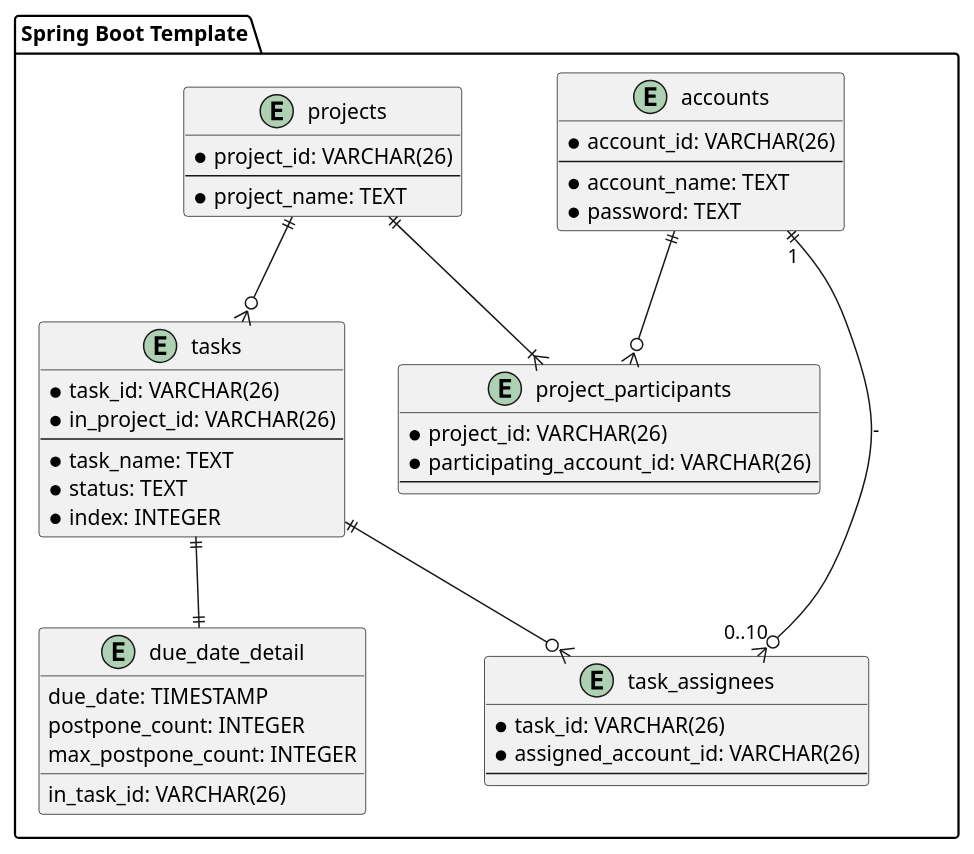
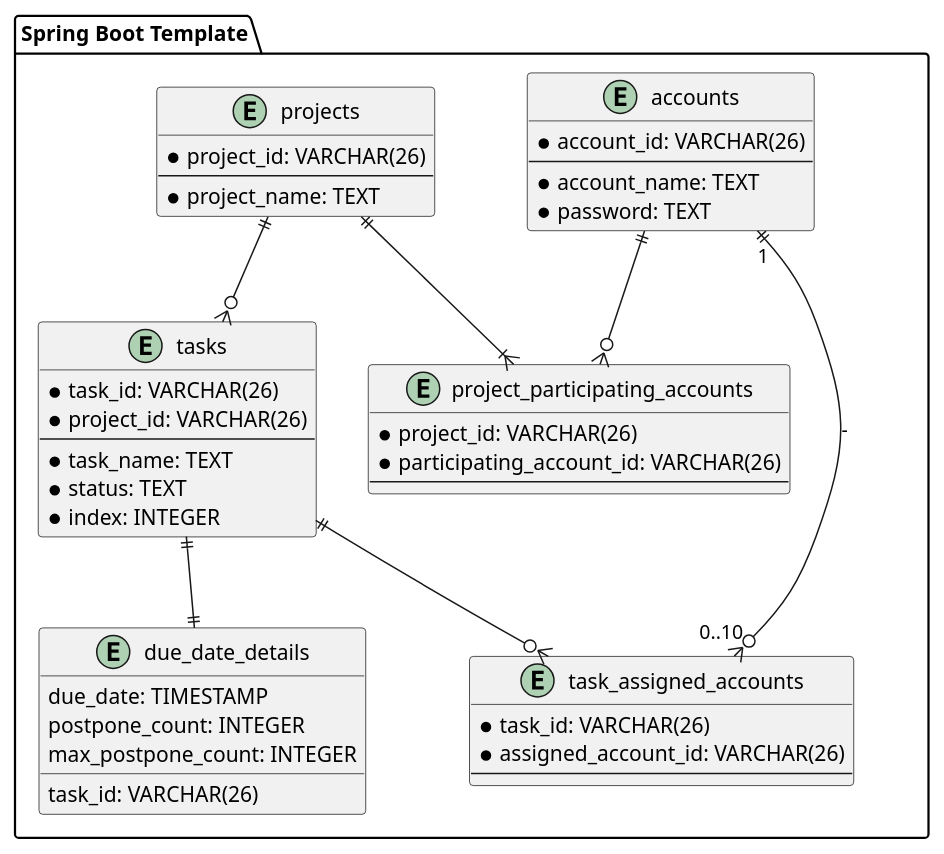
One commit to ORIKAMIxNEP/playground changed the diagram in uml/entity-relationship.puml. Above: the diagram before and after it, drawn with PlantUML.

```diff
--- a/uml/entity-relationship.puml
+++ b/uml/entity-relationship.puml
@@ -1,54 +1,54 @@
 @startuml
 package "Spring Boot Template" {
   entity accounts {
     * account_id: VARCHAR(26)
     --
     * account_name: TEXT
     * password: TEXT
   }
 
   entity projects {
     * project_id: VARCHAR(26)
     --
     * project_name: TEXT
   }
 
-  entity project_participants {
+  entity project_participating_accounts {
     * project_id: VARCHAR(26)
     * participating_account_id: VARCHAR(26)
     --
   }
 
-  accounts ||--o{ project_participants
-  projects ||--|{ project_participants
+  accounts ||--o{ project_participating_accounts
+  projects ||--|{ project_participating_accounts
 
   entity tasks {
     * task_id: VARCHAR(26)
-    * in_project_id: VARCHAR(26)
+    * project_id: VARCHAR(26)
     --
     * task_name: TEXT
     * status: TEXT
     * index: INTEGER
   }
 
   projects ||--o{ tasks
 
-  entity task_assignees {
+  entity task_assigned_accounts {
     * task_id: VARCHAR(26)
     * assigned_account_id: VARCHAR(26)
     --
   }
 
-  accounts ||--o{ task_assignees: "1" - "0..10"
-  tasks ||--o{ task_assignees
+  accounts ||--o{ task_assigned_accounts: "1" - "0..10"
+  tasks ||--o{ task_assigned_accounts
 
-  entity due_date_detail {
-    in_task_id: VARCHAR(26)
+  entity due_date_details {
+    task_id: VARCHAR(26)
     due_date: TIMESTAMP
     postpone_count: INTEGER
     max_postpone_count: INTEGER
   }
 
-  tasks ||--|| due_date_detail
+  tasks ||--|| due_date_details
 }
 @enduml
```
